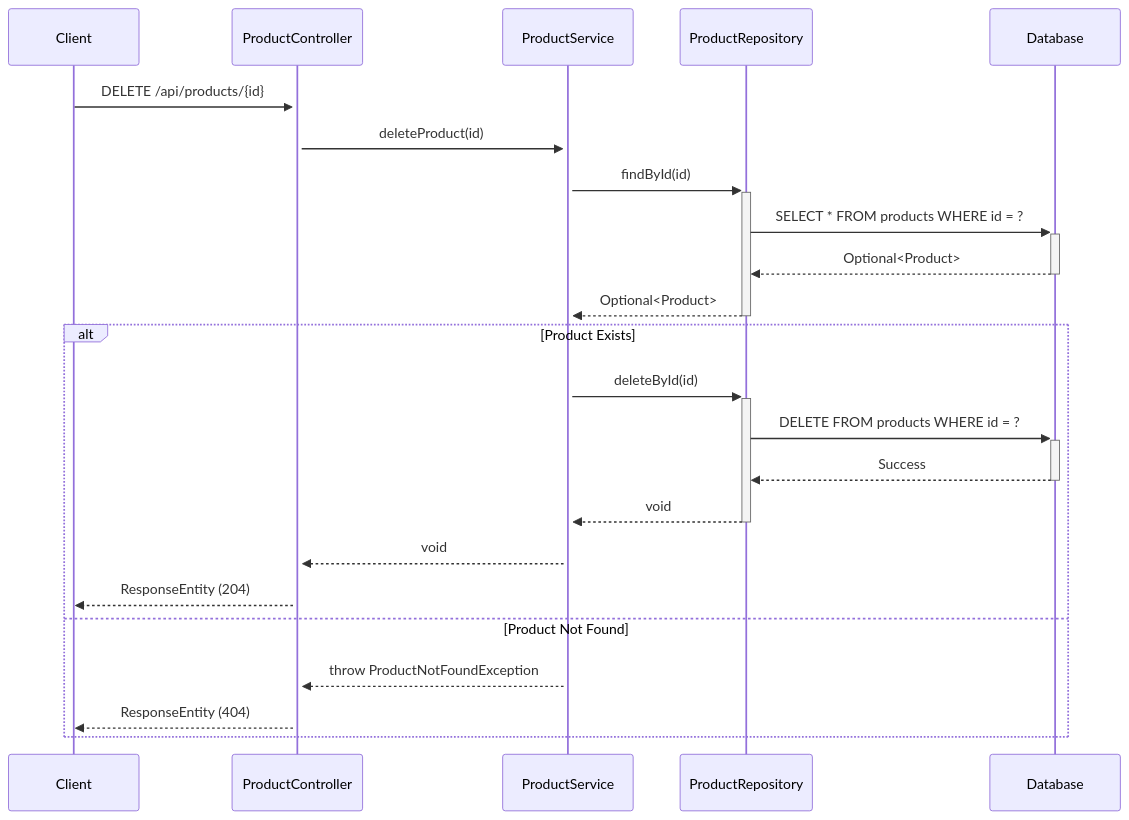
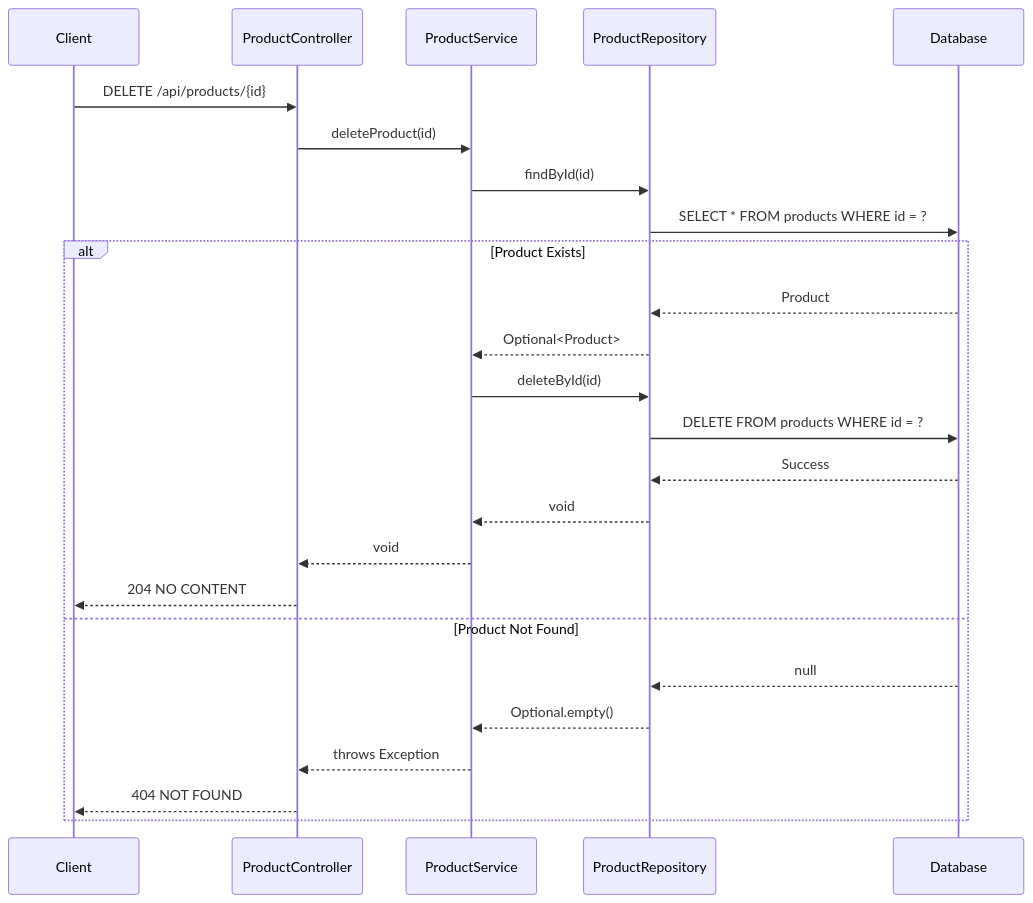
One commit to NavneetBN47/aava-ecom-demo changed the seventh of 9 diagrams in docs/LLD/lld.md. Above: the diagram before and after it, drawn with Mermaid. The commit also changed other lines of this file, not shown here.

````diff
--- a/docs/LLD/lld.md
+++ b/docs/LLD/lld.md
@@ -203,28 +212,29 @@
 ```mermaid
 sequenceDiagram
     participant Client
     participant ProductController
     participant ProductService
     participant ProductRepository
     participant Database
     
-    Client->>+ProductController: DELETE /api/products/{id}
-    ProductController->>+ProductService: deleteProduct(id)
-    
-    ProductService->>+ProductRepository: findById(id)
-    ProductRepository->>+Database: SELECT * FROM products WHERE id = ?
-    Database-->>-ProductRepository: Optional<Product>
-    ProductRepository-->>-ProductService: Optional<Product>
+    Client->>ProductController: DELETE /api/products/{id}
+    ProductController->>ProductService: deleteProduct(id)
+    ProductService->>ProductRepository: findById(id)
+    ProductRepository->>Database: SELECT * FROM products WHERE id = ?
     
     alt Product Exists
-        ProductService->>+ProductRepository: deleteById(id)
-        ProductRepository->>+Database: DELETE FROM products WHERE id = ?
-        Database-->>-ProductRepository: Success
-        ProductRepository-->>-ProductService: void
+        Database-->>ProductRepository: Product
+        ProductRepository-->>ProductService: Optional<Product>
+        ProductService->>ProductRepository: deleteById(id)
+        ProductRepository->>Database: DELETE FROM products WHERE id = ?
+        Database-->>ProductRepository: Success
+        ProductRepository-->>ProductService: void
         ProductService-->>ProductController: void
-        ProductController-->>Client: ResponseEntity (204)
+        ProductController-->>Client: 204 NO CONTENT
     else Product Not Found
-        ProductService-->>ProductController: throw ProductNotFoundException
-        ProductController-->>Client: ResponseEntity (404)
+        Database-->>ProductRepository: null
+        ProductRepository-->>ProductService: Optional.empty()
+        ProductService-->>ProductController: throws Exception
+        ProductController-->>Client: 404 NOT FOUND
     end
 ```
````
